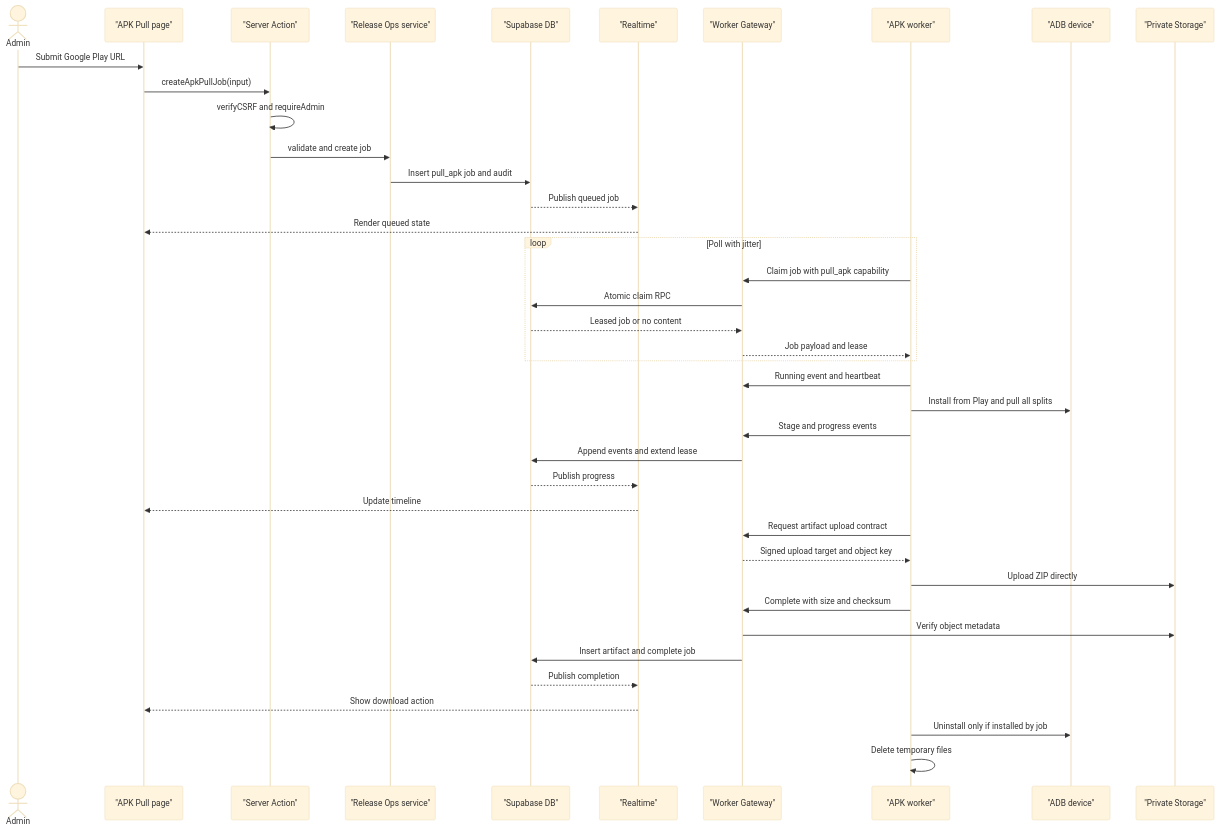
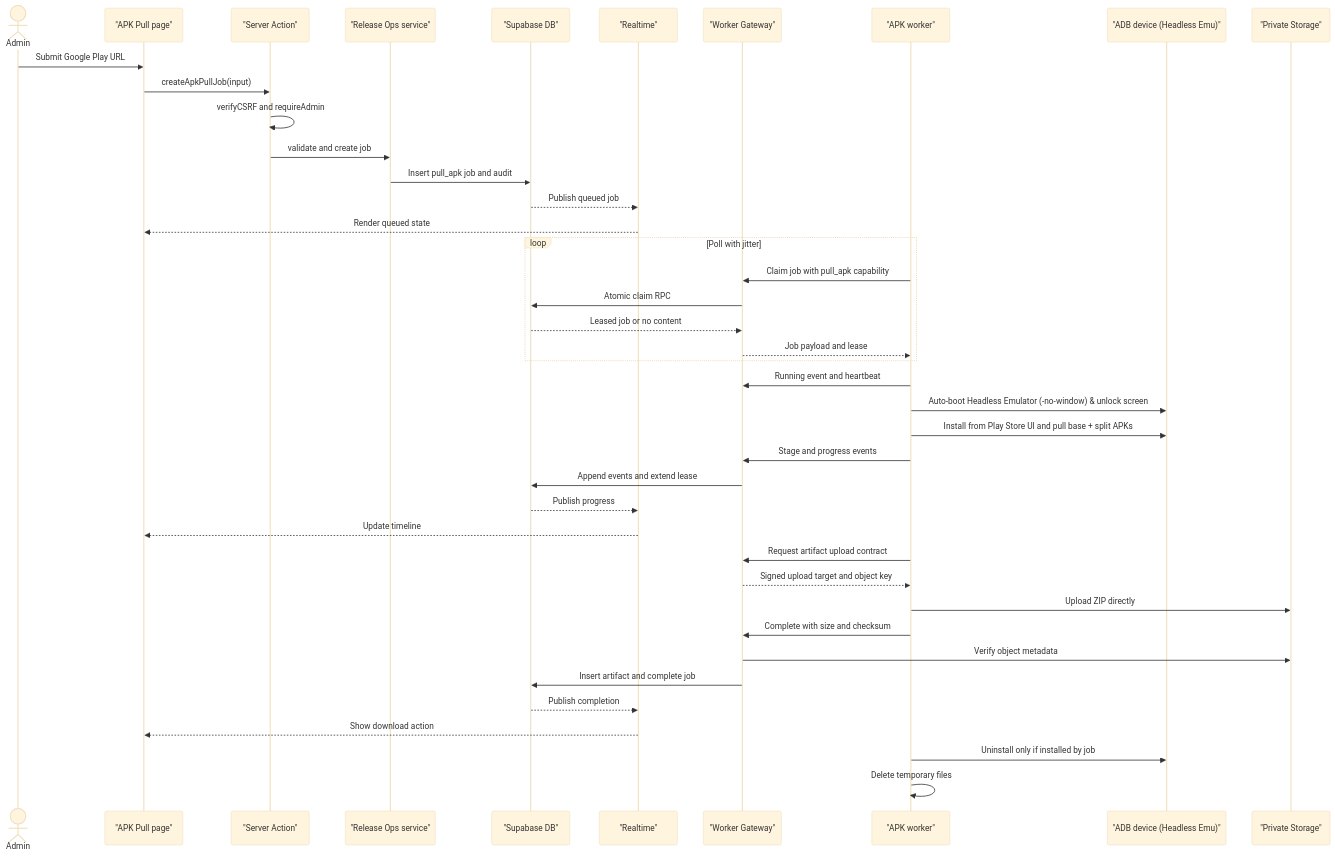
One commit to daclong120-del/app-relay changed the fourth of 15 diagrams in docs/08-operations-and-evolution/as-is/ARCHITECTURE_APP_REPLAY_V1.md. Above: the diagram before and after it, drawn with Mermaid (base theme). The commit also changed other lines of this file and 6 other files, not shown here.

Commit message:
feat: implement AppRelay worker configuration and architectural documentation

````diff
--- a/docs/08-operations-and-evolution/as-is/ARCHITECTURE_APP_REPLAY_V1.md
+++ b/docs/08-operations-and-evolution/as-is/ARCHITECTURE_APP_REPLAY_V1.md
@@ -378,47 +451,48 @@
 ```mermaid
 sequenceDiagram
     actor Admin
     participant Page as "APK Pull page"
     participant Action as "Server Action"
     participant Service as "Release Ops service"
     participant DB as "Supabase DB"
     participant RT as "Realtime"
     participant Gateway as "Worker Gateway"
     participant Worker as "APK worker"
-    participant Device as "ADB device"
+    participant Device as "ADB device (Headless Emu)"
     participant Storage as "Private Storage"
 
     Admin->>Page: Submit Google Play URL
     Page->>Action: createApkPullJob(input)
     Action->>Action: verifyCSRF and requireAdmin
     Action->>Service: validate and create job
     Service->>DB: Insert pull_apk job and audit
     DB-->>RT: Publish queued job
     RT-->>Page: Render queued state
 
     loop Poll with jitter
         Worker->>Gateway: Claim job with pull_apk capability
         Gateway->>DB: Atomic claim RPC
         DB-->>Gateway: Leased job or no content
         Gateway-->>Worker: Job payload and lease
     end
 
     Worker->>Gateway: Running event and heartbeat
-    Worker->>Device: Install from Play and pull all splits
+    Worker->>Device: Auto-boot Headless Emulator (-no-window) & unlock screen
+    Worker->>Device: Install from Play Store UI and pull base + split APKs
     Worker->>Gateway: Stage and progress events
     Gateway->>DB: Append events and extend lease
     DB-->>RT: Publish progress
     RT-->>Page: Update timeline
 
     Worker->>Gateway: Request artifact upload contract
     Gateway-->>Worker: Signed upload target and object key
     Worker->>Storage: Upload ZIP directly
     Worker->>Gateway: Complete with size and checksum
     Gateway->>Storage: Verify object metadata
     Gateway->>DB: Insert artifact and complete job
     DB-->>RT: Publish completion
     RT-->>Page: Show download action
 
     Worker->>Device: Uninstall only if installed by job
     Worker->>Worker: Delete temporary files
 ```
````
